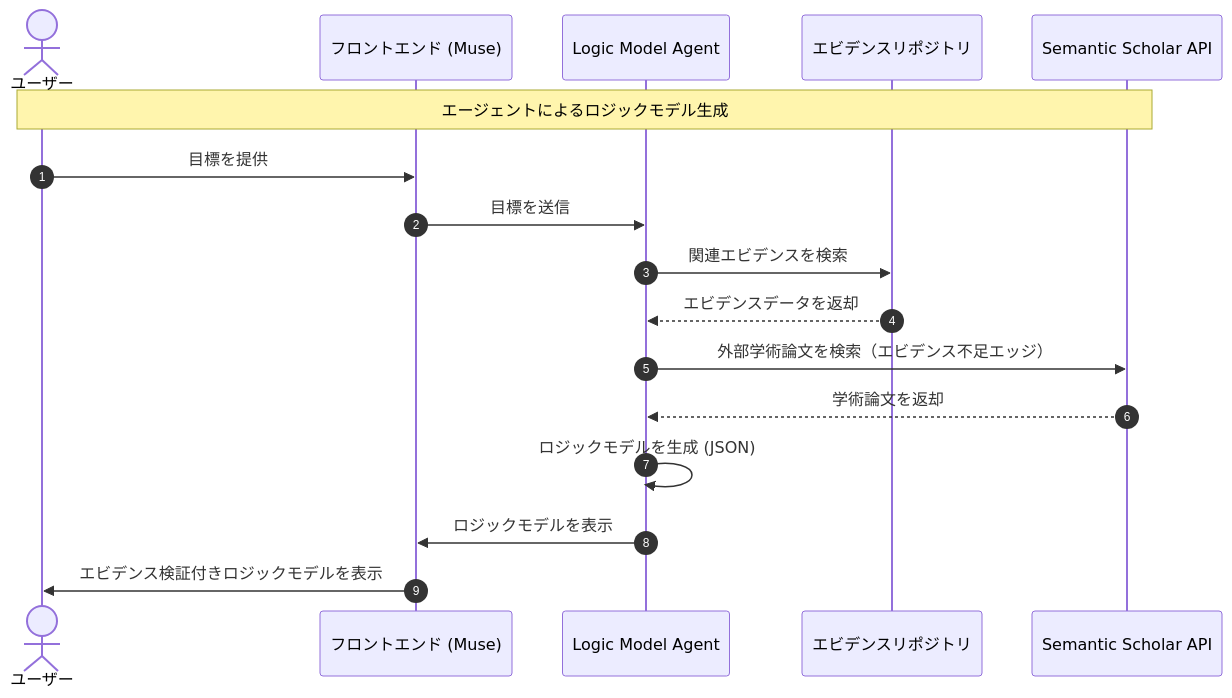
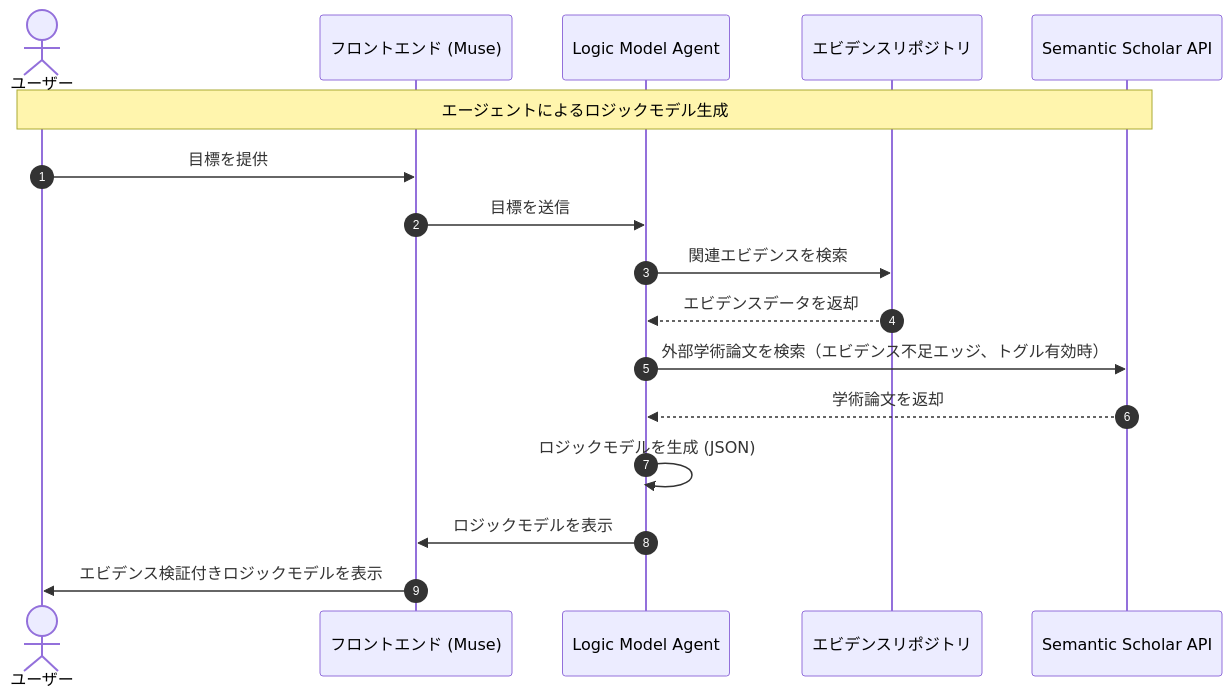
The first of 2 diagrams in DEV.ja.md (beaconlabs-io/muse), drawn with Mermaid before and after one commit. The commit also changed other lines of this file and 3 other files, not shown here.

````diff
--- a/DEV.ja.md
+++ b/DEV.ja.md
@@ -5,21 +5,21 @@
 ```mermaid
 sequenceDiagram
     autonumber
     actor User as ユーザー
     participant FE as フロントエンド (Muse)
     participant Agent as Logic Model Agent
     participant Evidence as エビデンスリポジトリ
     participant SS as Semantic Scholar API
 
     Note over User, SS: エージェントによるロジックモデル生成
 
     User->>FE: 目標を提供
     FE->>Agent: 目標を送信
     Agent->>Evidence: 関連エビデンスを検索
     Evidence-->>Agent: エビデンスデータを返却
-    Agent->>SS: 外部学術論文を検索（エビデンス不足エッジ）
+    Agent->>SS: 外部学術論文を検索（エビデンス不足エッジ、トグル有効時）
     SS-->>Agent: 学術論文を返却
     Agent->>Agent: ロジックモデルを生成 (JSON)
     Agent->>FE: ロジックモデルを表示
     FE->>User: エビデンス検証付きロジックモデルを表示
 ```
````
